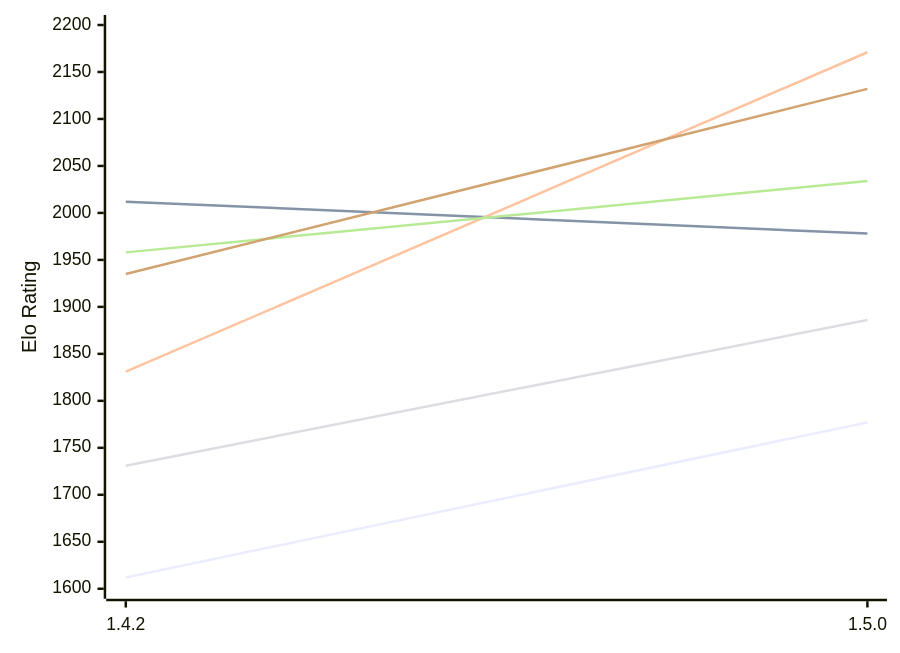
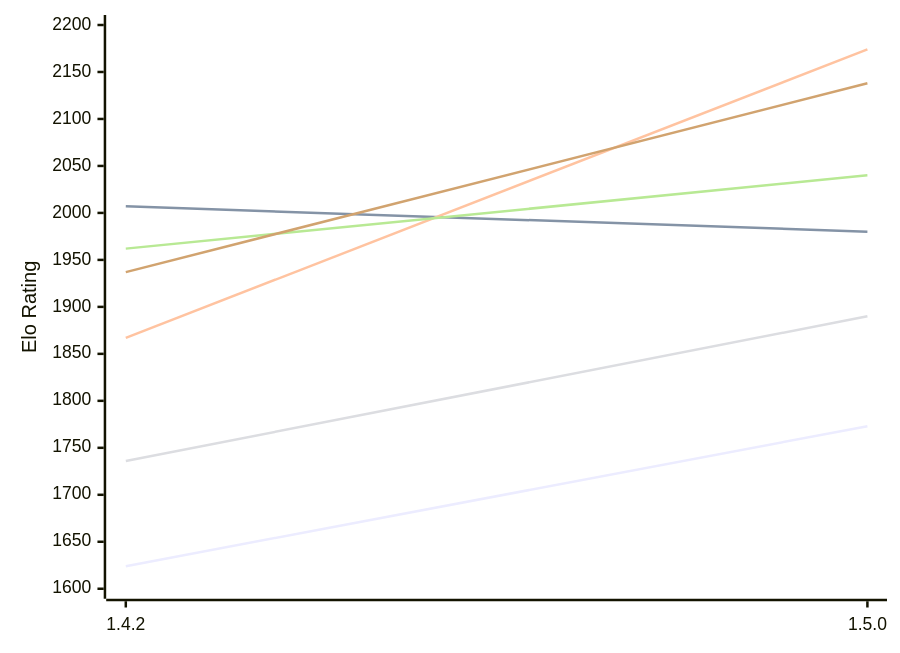
The first of 2 diagrams in engines/Zeppelin.md (computer-chess-index/cci), drawn with Mermaid before and after one commit. The commit also changed other lines of this file, not shown here.

Commit message:
Update CCI Ratings (ELO VLTC) - 2026-11-25

````diff
--- a/engines/Zeppelin.md
+++ b/engines/Zeppelin.md
@@ -57,12 +57,12 @@
 ```mermaid
 %%{init: {"theme":"base","themeVariables":{"seriesColors:['#a3a3a3','#222221','#faa371']}}}%%
 xychart-beta
   x-axis ["1.4.2", "1.5.0"]
   y-axis "Elo Rating" 1600 --> 2200
-  line "E1: STC (8.0+0.08s)" [1612, 1777]
-  line "E1: LTC (60.0+0.60s)" [2012, 1978]
-  line "E1: VLTC (2m24s+1.12s)" [1831, 2171]
-  line "P1: STC (8.0+0.08s)" [1731, 1886]
-  line "P1: LTC (60.0+0.60s)" [1958, 2034]
-  line "P1: VLTC (2m24s+1.12s)" [1935, 2132]
+  line "E1: STC (8.0+0.08s)" [1624, 1773]
+  line "E1: LTC (60.0+0.60s)" [2007, 1980]
+  line "E1: VLTC (2m24s+1.12s)" [1867, 2174]
+  line "P1: STC (8.0+0.08s)" [1736, 1890]
+  line "P1: LTC (60.0+0.60s)" [1962, 2040]
+  line "P1: VLTC (2m24s+1.12s)" [1937, 2138]
 ```
````
